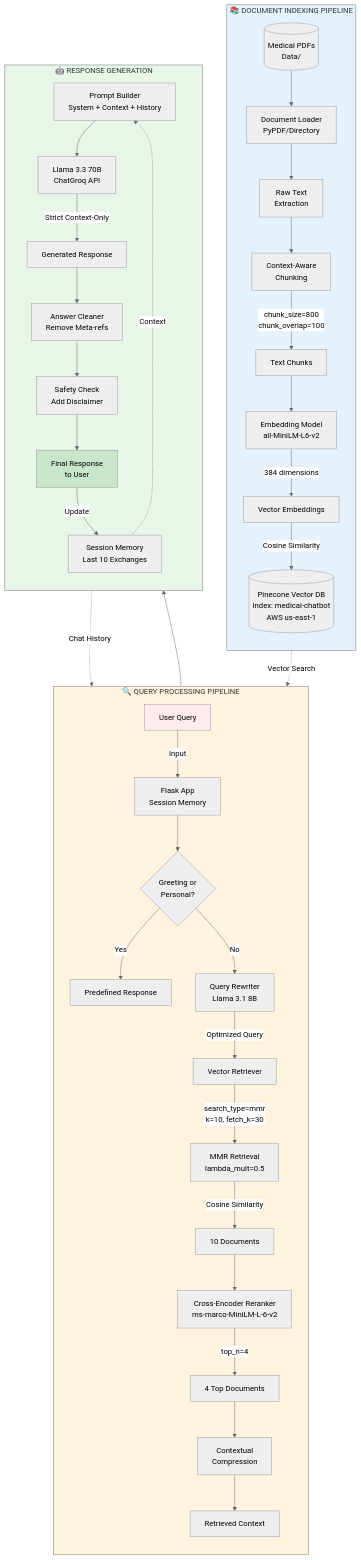
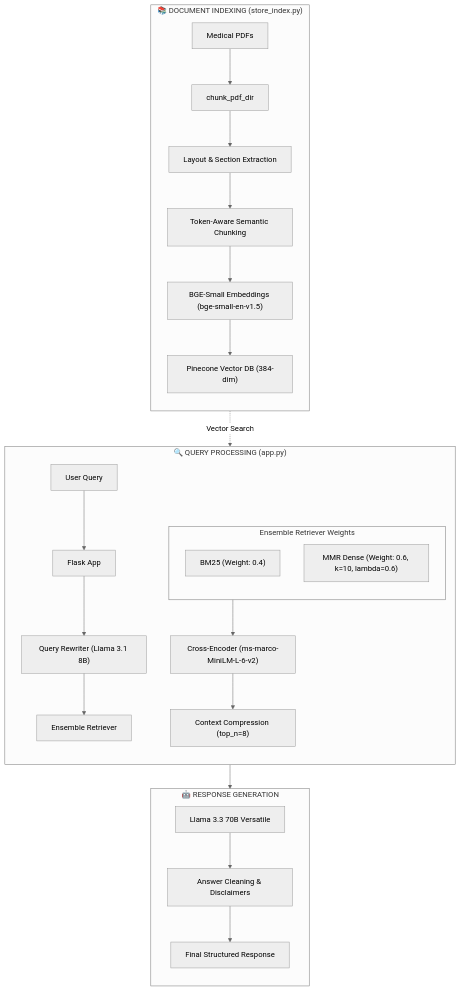
Before and after one commit to kinza7124/Medi-Query: the third of 5 diagrams in docs/SRS_Report_IEEE.md, drawn with Mermaid (neutral theme). The commit also changed other lines of this file and 30 other files, not shown here.

````diff
--- a/docs/SRS_Report_IEEE.md
+++ b/docs/SRS_Report_IEEE.md
@@ -363,52 +303,35 @@
 ```mermaid
 flowchart TB
-    subgraph Indexing["📚 DOCUMENT INDEXING PIPELINE"]
+    subgraph Indexing["📚 DOCUMENT INDEXING (store_index.py)"]
         direction TB
-        PDF[("Medical PDFs<br/>Data/")] --> Loader[Document Loader<br/>PyPDF/Directory]
-        Loader --> Text[Raw Text<br/>Extraction]
-        Text --> Chunker[Context-Aware<br/>Chunking]
-        Chunker -->|chunk_size=800<br/>chunk_overlap=100| Chunks[Text Chunks]
-        Chunks --> Embed[Embedding Model<br/>all-MiniLM-L6-v2]
-        Embed -->|384 dimensions| Vectors[Vector Embeddings]
-        Vectors -->|Cosine Similarity| Pinecone[("Pinecone Vector DB<br/>Index: medical-chatbot<br/>AWS us-east-1")]
+        PDF["Medical PDFs"] --> Loader["chunk_pdf_dir"]
+        Loader --> Layout["Layout & Section Extraction"]
+        Layout --> Chunker["Token-Aware Semantic Chunking"]
+        Chunker --> Embed["BGE-Small Embeddings (bge-small-en-v1.5)"]
+        Embed --> Pinecone["Pinecone Vector DB (384-dim)"]
     end
 
-    subgraph Query["🔍 QUERY PROCESSING PIPELINE"]
+    subgraph Query["🔍 QUERY PROCESSING (app.py)"]
         direction TB
-        UserQuery[User Query] -->|Input| Flask[Flask App<br/>Session Memory]
-        Flask --> GreetingCheck{Greeting or<br/>Personal?}
-        GreetingCheck -->|Yes| DirectAnswer[Predefined Response]
-        GreetingCheck -->|No| Rewriter[Query Rewriter<br/>Llama 3.1 8B]
+        UserQuery["User Query"] --> Flask["Flask App"]
+        Flask --> Rewriter["Query Rewriter (Llama 3.1 8B)"]
+        Rewriter --> Ensemble["Ensemble Retriever"]
         
-        Rewriter -->|Optimized Query| Retriever[Vector Retriever]
-        Retriever -->|search_type=mmr<br/>k=10, fetch_k=30| MMR[MMR Retrieval<br/>lambda_mult=0.5]
-        MMR -->|Cosine Similarity| InitialDocs[10 Documents]
+        subgraph Ensemble_Logic["Ensemble Retriever Weights"]
+            BM25["BM25 (Weight: 0.4)"]
+            MMR["MMR Dense (Weight: 0.6, k=10, lambda=0.6)"]
+        end
         
-        InitialDocs --> Reranker[Cross-Encoder Reranker<br/>ms-marco-MiniLM-L-6-v2]
-        Reranker -->|top_n=4| FilteredDocs[4 Top Documents]
-        
-        FilteredDocs --> Compressor[Contextual<br/>Compression]
-        Compressor --> Context[Retrieved Context]
+        Ensemble_Logic --> Reranker["Cross-Encoder (ms-marco-MiniLM-L-6-v2)"]
+        Reranker --> Compressor["Context Compression (top_n=8)"]
     end
 
     subgraph Generation["🤖 RESPONSE GENERATION"]
         direction TB
-        Context --> Prompt[Prompt Builder<br/>System + Context + History]
-        Prompt --> LLM[Llama 3.3 70B<br/>ChatGroq API]
-        LLM -->|Strict Context-Only| Response[Generated Response]
-        Response --> Cleaner[Answer Cleaner<br/>Remove Meta-refs]
-        Cleaner --> Safety[Safety Check<br/>Add Disclaimer]
-        Safety --> Output[Final Response<br/>to User]
-        Output -->|Update| Memory[Session Memory<br/>Last 10 Exchanges]
+        Compressor --> LLM["Llama 3.3 70B Versatile"]
+        LLM --> PostProcess["Answer Cleaning & Disclaimers"]
+        PostProcess --> Output["Final Structured Response"]
     end
 
-    Pinecone -.->|Vector Search| Retriever
-    Memory -.->|Chat History| Rewriter
-    Memory -.->|Context| Prompt
-
-    style Indexing fill:#e3f2fd
-    style Query fill:#fff3e0
-    style Generation fill:#e8f5e9
-    style UserQuery fill:#ffebee
-    style Output fill:#c8e6c9
+    Pinecone -.->|Vector Search| MMR
 ```
````
